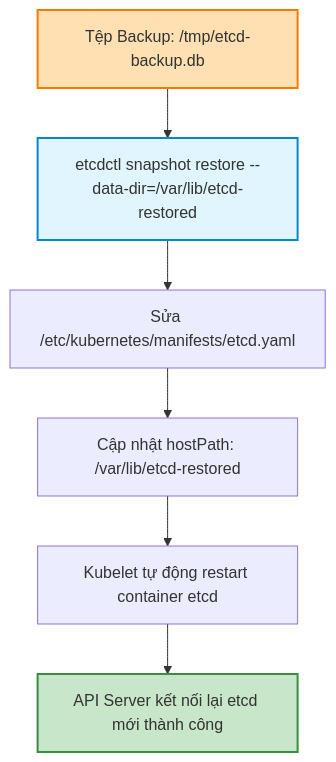
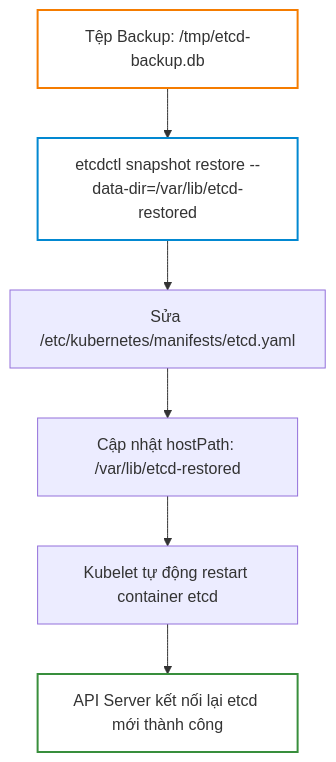
One commit to kiennt308/ntk changed the first of 3 diagrams in _posts/2026-09-12-cka-09-09-etcd-sao-luu-va-phuc-hoi.md. Above: the diagram before and after it, drawn with Mermaid. The commit also changed other lines of this file and 207 other files, not shown here.

Commit message:
feat(posts): batch standardize all 208 posts with TL;DR, qa-card accordion, fill:none mermaid, and liquid raw wrappers

````diff
--- a/_posts/2026-09-12-cka-09-09-etcd-sao-luu-va-phuc-hoi.md
+++ b/_posts/2026-09-12-cka-09-09-etcd-sao-luu-va-phuc-hoi.md
@@ -221,12 +225,12 @@
 ```mermaid
 graph TD
     A["Tệp Backup: /tmp/etcd-backup.db"] --> B["etcdctl snapshot restore --data-dir=/var/lib/etcd-restored"]
     B --> C["Sửa /etc/kubernetes/manifests/etcd.yaml"]
     C --> D["Cập nhật hostPath: /var/lib/etcd-restored"]
     D --> E["Kubelet tự động restart container etcd"]
     E --> F["API Server kết nối lại etcd mới thành công"]
 
-    style A fill:#ffe0b2,stroke:#f57c00,stroke-width:2px
-    style B fill:#e1f5fe,stroke:#0288d1,stroke-width:2px
-    style F fill:#c8e6c9,stroke:#388e3c,stroke-width:2px
+    style A fill:none,stroke:#f57c00,stroke-width:2px
+    style B fill:none,stroke:#0288d1,stroke-width:2px
+    style F fill:none,stroke:#388e3c,stroke-width:2px
 ```
````
